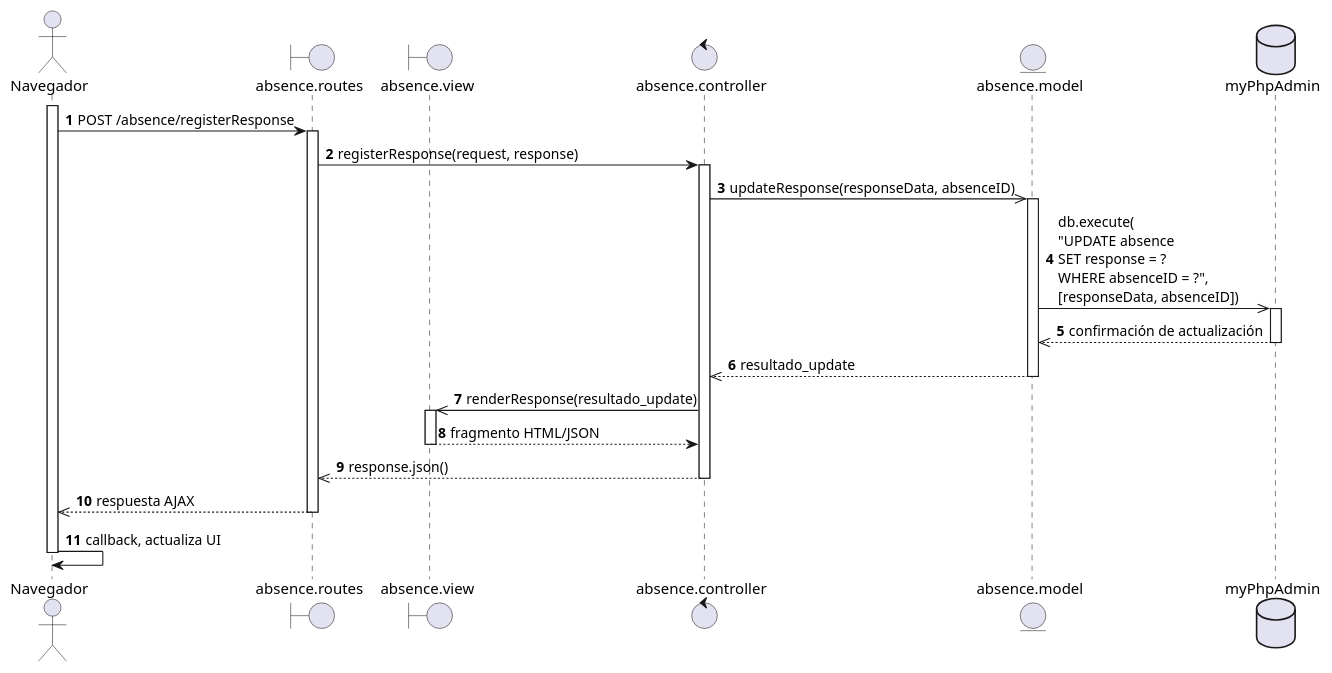
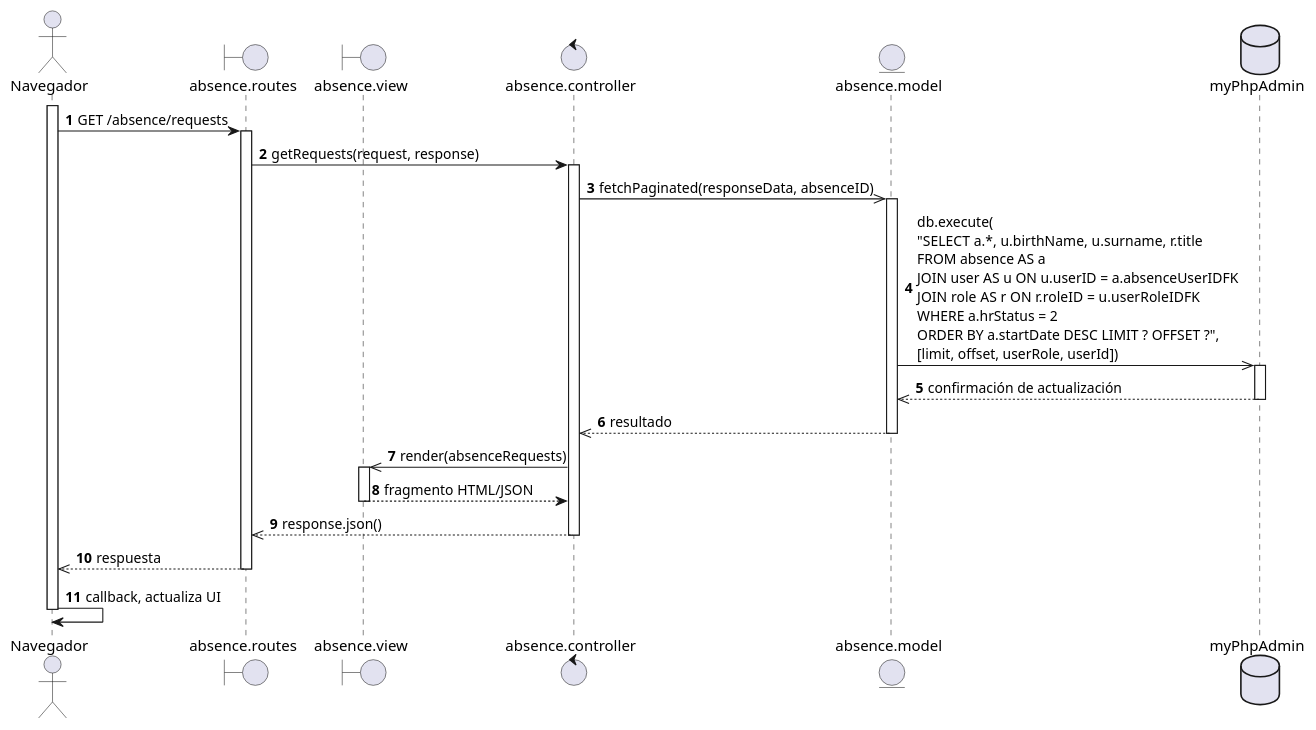
Before and after one commit to EdCanCe/WorkCells: the diagram in diagrams/Casos de Uso/Mauricio/diagrama de secuencia/CU17.puml, drawn with PlantUML. The commit also changed 2 other files, not shown here.

```diff
--- a/diagrams/Casos de Uso/Mauricio/diagrama de secuencia/CU17.puml
+++ b/diagrams/Casos de Uso/Mauricio/diagrama de secuencia/CU17.puml
@@ -1,49 +1,49 @@
-@startuml CU018 - Líder consulta respuesta hacia ausencia de colaborador - Diagrama de secuencia
+@startuml CU017 - Líder consulta respuesta hacia ausencia de colaborador - Diagrama de secuencia
 actor Navegador
 boundary "absence.routes" as Routes
 boundary "absence.view" as View
 control "absence.controller" as Controller
 entity "absence.model" as Model
 database "myPhpAdmin" as DB
 
 autonumber
 
 ' El Navegador envía la petición AJAX para registrar la respuesta a la ausencia
 activate Navegador
-Navegador -> Routes: POST /absence/registerResponse
+Navegador -> Routes: GET /absence/requests
 
 activate Routes
-Routes -> Controller: registerResponse(request, response)
+Routes -> Controller: getRequests(request, response)
 activate Controller
 
 ' El controlador invoca al modelo para actualizar la respuesta de la ausencia
-Controller ->> Model: updateResponse(responseData, absenceID)
+Controller ->> Model: fetchPaginated(responseData, absenceID)
 activate Model
 
 ' El modelo ejecuta la consulta en la base de datos
-Model ->> DB: db.execute(\n"UPDATE absence \nSET response = ? \nWHERE absenceID = ?", \n[responseData, absenceID])
+Model ->> DB: db.execute(\n"SELECT a.*, u.birthName, u.surname, r.title \nFROM absence AS a \nJOIN user AS u ON u.userID = a.absenceUserIDFK \nJOIN role AS r ON r.roleID = u.userRoleIDFK \nWHERE a.hrStatus = 2 \nORDER BY a.startDate DESC LIMIT ? OFFSET ?", \n[limit, offset, userRole, userId])
 activate DB
 DB -->> Model: confirmación de actualización
 deactivate DB
 
-Model -->> Controller: resultado_update
+Model -->> Controller: resultado
 deactivate Model
 
 ' El controlador procesa el resultado y prepara la respuesta para la vista (AJAX JSON o fragmento HTML)
-Controller ->> View: renderResponse(resultado_update)
+Controller ->> View: render(absenceRequests)
 activate View
 View --> Controller: fragmento HTML/JSON
 deactivate View
 
 ' El controlador envía la respuesta al router
 Controller -->> Routes: response.json()
 deactivate Controller
 
-Routes -->> Navegador: respuesta AJAX
+Routes -->> Navegador: respuesta
 deactivate Routes
 
 ' El Navegador procesa la respuesta y actualiza la interfaz
 Navegador -> Navegador: callback, actualiza UI
 deactivate Navegador
 
 @enduml
```
